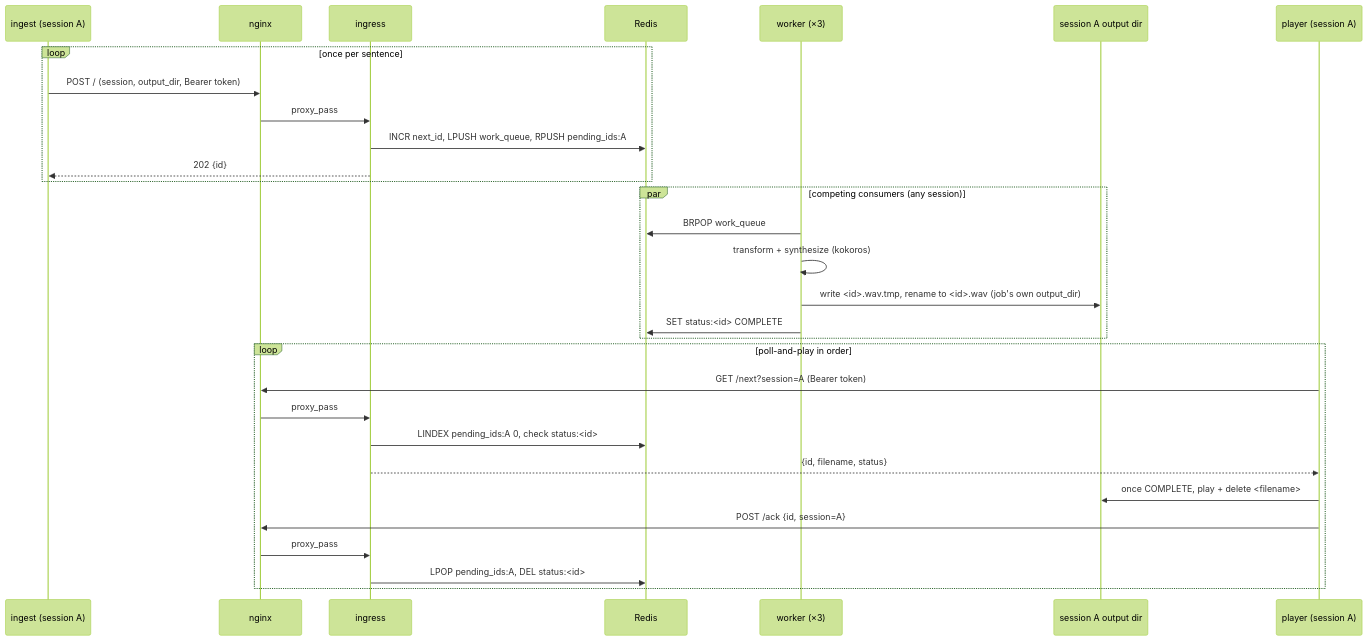
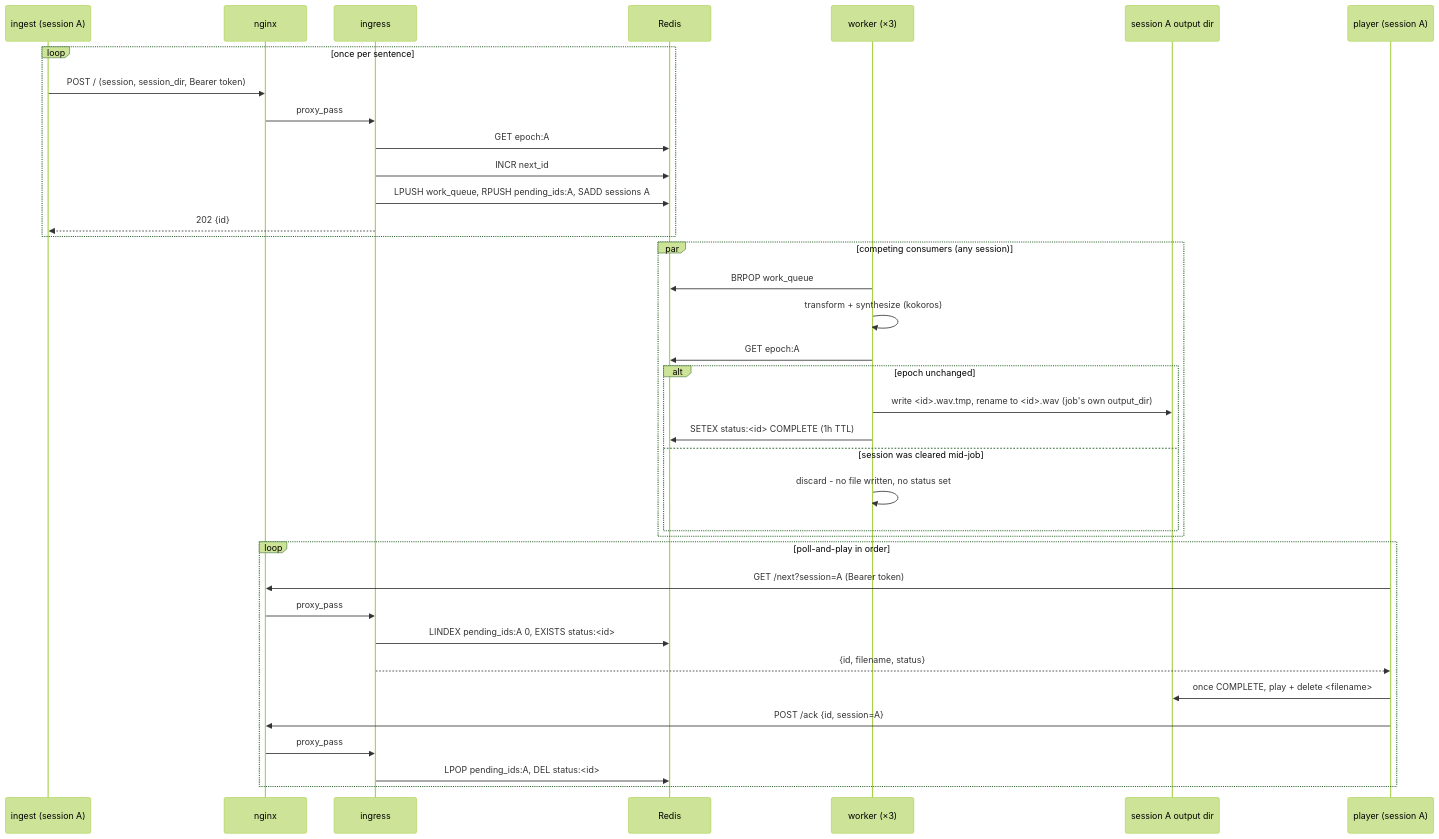
Before and after one commit to xliang01dev/llm-response-tts: the third of 3 diagrams in docs/architecture.md, drawn with Mermaid (forest theme). The commit also changed other lines of this file and 3 other files, not shown here.

First line of the commit message:
Docs: restructure architecture.md, finalize security-audit.md, extract endpoints.md

````diff
--- a/docs/architecture.md
+++ b/docs/architecture.md
@@ -103,35 +239,42 @@
 ```mermaid
 sequenceDiagram
     participant H as ingest (session A)
     participant N as nginx
     participant I as ingress
     participant R as Redis
     participant W as worker (×3)
     participant O as session A output dir
     participant P as player (session A)
 
     loop once per sentence
-        H->>N: POST / (session, output_dir, Bearer token)
+        H->>N: POST / (session, session_dir, Bearer token)
         N->>I: proxy_pass
-        I->>R: INCR next_id, LPUSH work_queue, RPUSH pending_ids:A
+        I->>R: GET epoch:A
+        I->>R: INCR next_id
+        I->>R: LPUSH work_queue, RPUSH pending_ids:A, SADD sessions A
         I-->>H: 202 {id}
     end
 
     par competing consumers (any session)
         W->>R: BRPOP work_queue
         W->>W: transform + synthesize (kokoros)
-        W->>O: write <id>.wav.tmp, rename to <id>.wav (job's own output_dir)
-        W->>R: SET status:<id> COMPLETE
+        W->>R: GET epoch:A
+        alt epoch unchanged
+            W->>O: write <id>.wav.tmp, rename to <id>.wav (job's own output_dir)
+            W->>R: SETEX status:<id> COMPLETE (1h TTL)
+        else session was cleared mid-job
+            W->>W: discard - no file written, no status set
+        end
     end
 
     loop poll-and-play in order
         P->>N: GET /next?session=A (Bearer token)
         N->>I: proxy_pass
-        I->>R: LINDEX pending_ids:A 0, check status:<id>
+        I->>R: LINDEX pending_ids:A 0, EXISTS status:<id>
         I-->>P: {id, filename, status}
         P->>O: once COMPLETE, play + delete <filename>
         P->>N: POST /ack {id, session=A}
         N->>I: proxy_pass
         I->>R: LPOP pending_ids:A, DEL status:<id>
     end
 ```
````
